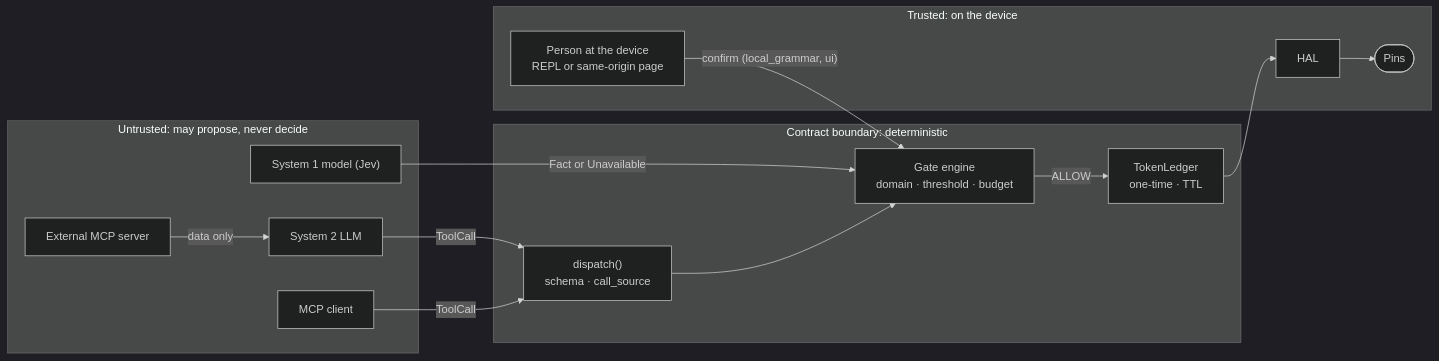
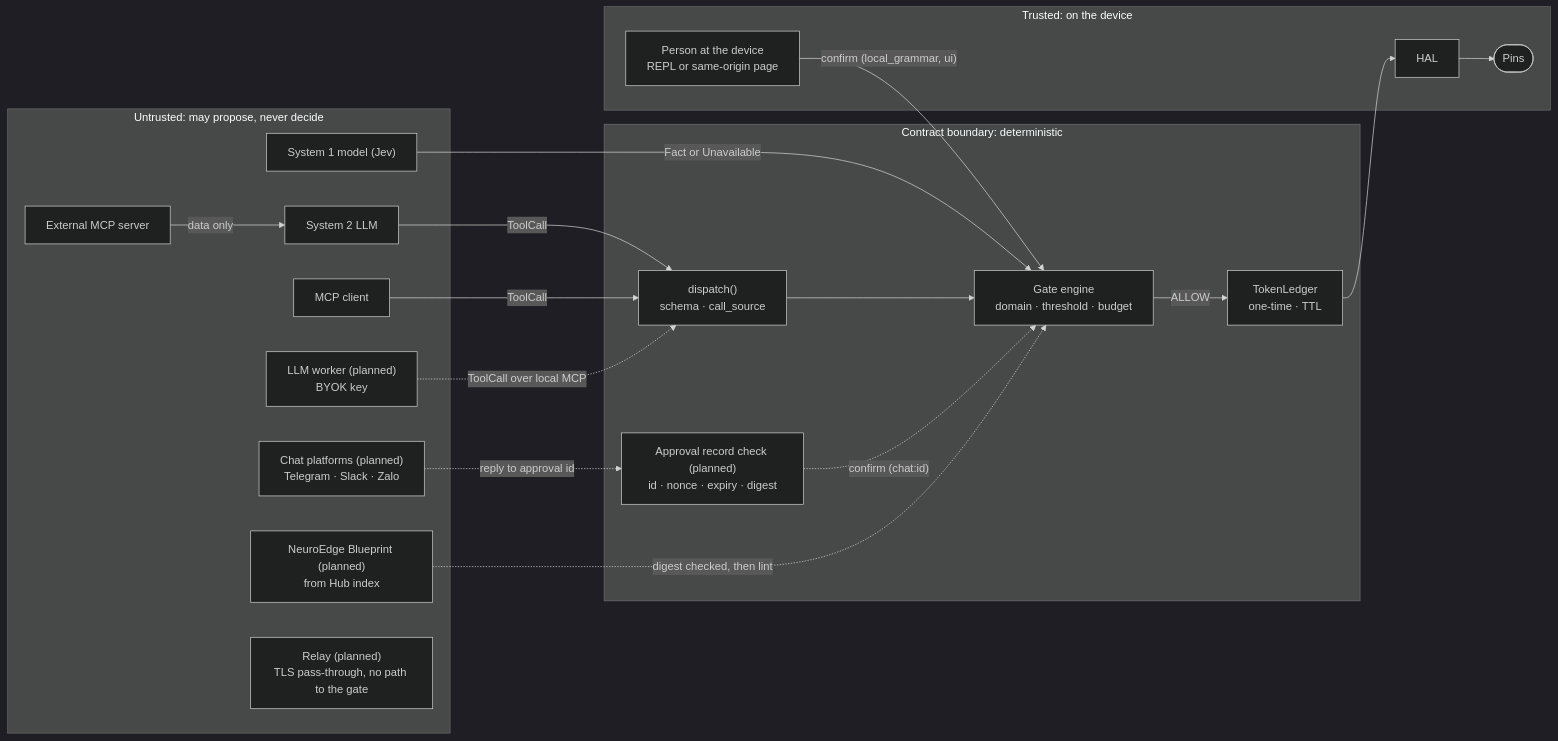
One commit to letrongminh/neuroedge-init changed the diagram in docs/architecture/en/01-context-c4l1.md. Above: the diagram before and after it, drawn with Mermaid (dark theme). The commit also changed other lines of this file and 68 other files, not shown here.

First line of the commit message:
docs: Q-72 — product and architecture docs complete before implementation

````diff
--- a/docs/architecture/en/01-context-c4l1.md
+++ b/docs/architecture/en/01-context-c4l1.md
@@ -50,26 +63,35 @@
 ```mermaid
 flowchart LR
     subgraph Untrusted["Untrusted: may propose, never decide"]
         LLM["System 2 LLM"]
         JEV["System 1 model (Jev)"]
         MCPC["MCP client"]
         EXT["External MCP server"]
+        WRK["LLM worker (planned)<br/>BYOK key"]
+        CHAT["Chat platforms (planned)<br/>Telegram · Slack · Zalo"]
+        BP["NeuroEdge Blueprint (planned)<br/>from Hub index"]
+        RLY["Relay (planned)<br/>TLS pass-through, no path to the gate"]
     end
     subgraph Contract["Contract boundary: deterministic"]
         DISP["dispatch()<br/>schema · call_source"]
+        APR["Approval record check (planned)<br/>id · nonce · expiry · digest"]
         GATE["Gate engine<br/>domain · threshold · budget"]
         LEDGER["TokenLedger<br/>one-time · TTL"]
     end
     subgraph Local["Trusted: on the device"]
         PERSON["Person at the device<br/>REPL or same-origin page"]
         HAL["HAL"]
         PIN(["Pins"])
     end
     LLM -- "ToolCall" --> DISP
     MCPC -- "ToolCall" --> DISP
     EXT -- "data only" --> LLM
     JEV -- "Fact or Unavailable" --> GATE
     DISP --> GATE
     GATE -- "ALLOW" --> LEDGER --> HAL --> PIN
     PERSON -- "confirm (local_grammar, ui)" --> GATE
+    WRK -. "ToolCall over local MCP" .-> DISP
+    CHAT -. "reply to approval id" .-> APR
+    APR -. "confirm (chat:id)" .-> GATE
+    BP -. "digest checked, then lint" .-> GATE
 ```
````
